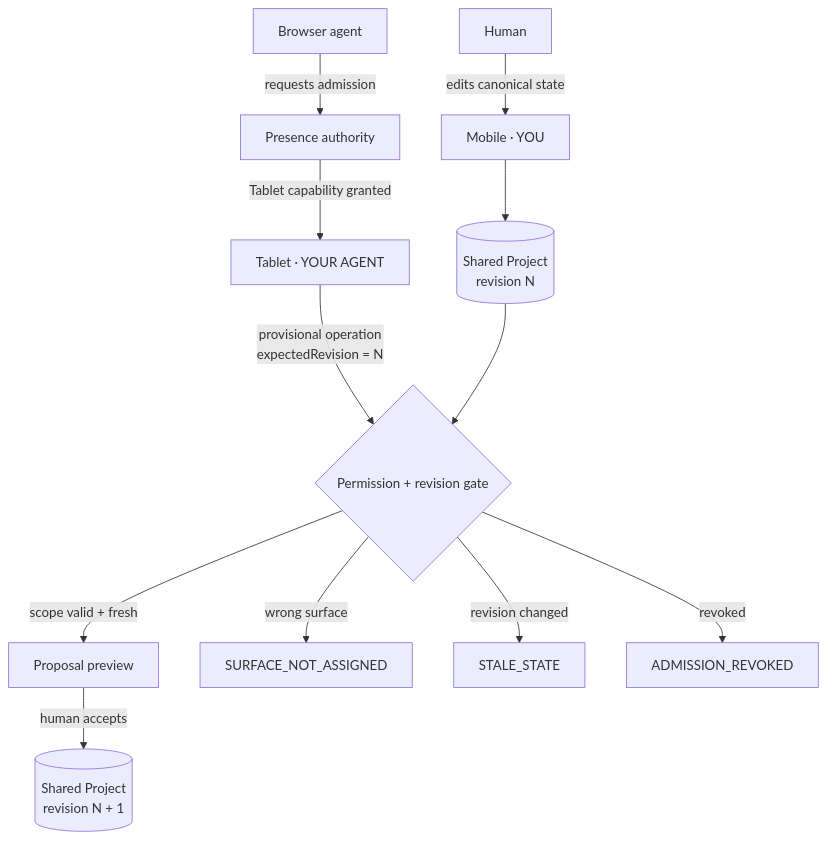
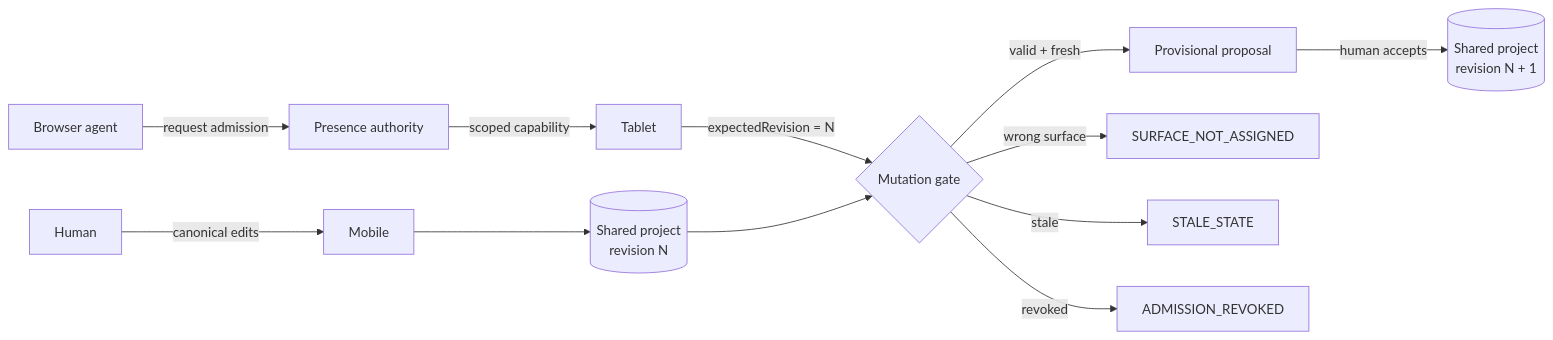
One commit to Davemafy/presence-webmcp changed the diagram in README.md. Above: the diagram before and after it, drawn with Mermaid. The commit also changed other lines of this file, not shown here.

````diff
--- a/README.md
+++ b/README.md
@@ -104,17 +212,17 @@
 ```mermaid
-flowchart TB
-    H[Human] -->|edits canonical state| M[Mobile · YOU]
-    A[Browser agent] -->|requests admission| P[Presence authority]
-    P -->|Tablet capability granted| T[Tablet · YOUR AGENT]
+flowchart LR
+    H[Human] -->|canonical edits| M[Mobile]
+    A[Browser agent] -->|request admission| P[Presence authority]
+    P -->|scoped capability| T[Tablet]
 
-    M --> S[(Shared Project\nrevision N)]
-    T -->|provisional operation\nexpectedRevision = N| G{Permission + revision gate}
+    M --> S[(Shared project\nrevision N)]
+    T -->|expectedRevision = N| G{Mutation gate}
     S --> G
 
-    G -->|scope valid + fresh| R[Proposal preview]
+    G -->|valid + fresh| R[Provisional proposal]
     G -->|wrong surface| O[SURFACE_NOT_ASSIGNED]
-    G -->|revision changed| X[STALE_STATE]
+    G -->|stale| X[STALE_STATE]
     G -->|revoked| V[ADMISSION_REVOKED]
 
-    R -->|human accepts| S2[(Shared Project\nrevision N + 1)]
+    R -->|human accepts| S2[(Shared project\nrevision N + 1)]
 ```
````
